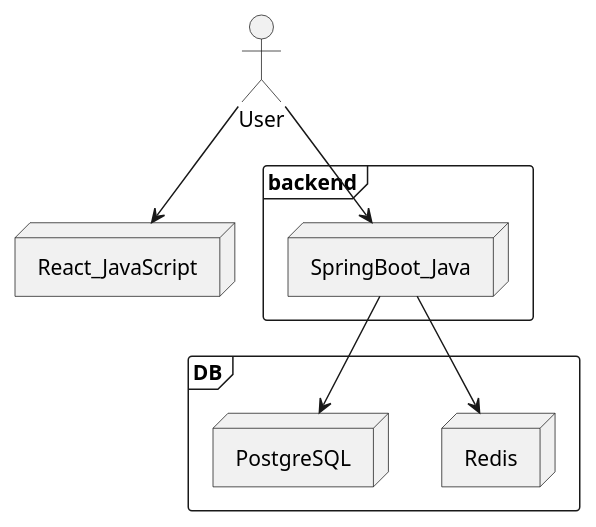
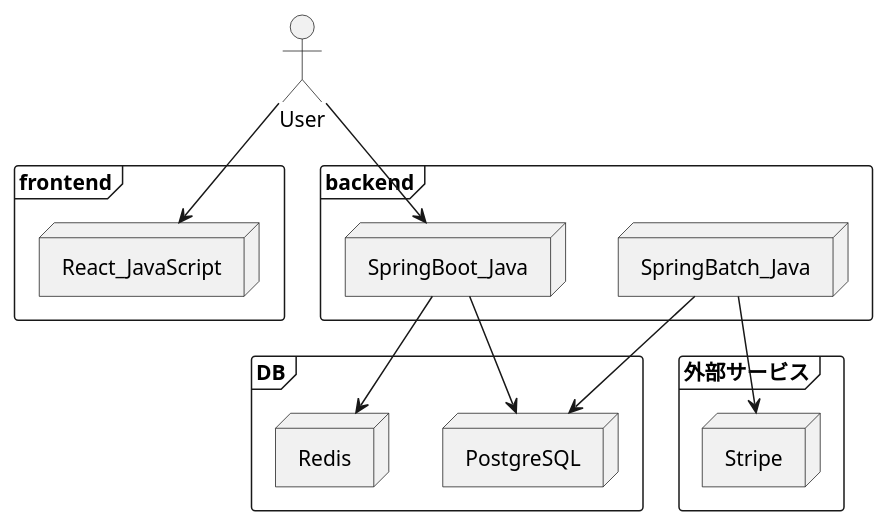
One commit to TAKAHIRO-03/GoodHabits_doc changed the second of 2 diagrams in BD/bd.md. Above: the diagram before and after it, drawn with PlantUML. The commit also changed other lines of this file, not shown here.

````diff
--- a/BD/bd.md
+++ b/BD/bd.md
@@ -126,19 +165,28 @@
 ```plantuml
 actor User
 
-node React_JavaScript
+frame frontend {
+  node React_JavaScript
+}
 
 frame backend {
   node SpringBoot_Java
+  node SpringBatch_Java
 }
 
 frame DB {
   node Redis
   node PostgreSQL
 }
 
+frame 外部サービス {
+  node Stripe
+}
+
 User --> React_JavaScript
 User --> SpringBoot_Java
 SpringBoot_Java --> PostgreSQL
 SpringBoot_Java --> Redis
+SpringBatch_Java --> PostgreSQL
+SpringBatch_Java --> Stripe
 ```
````
